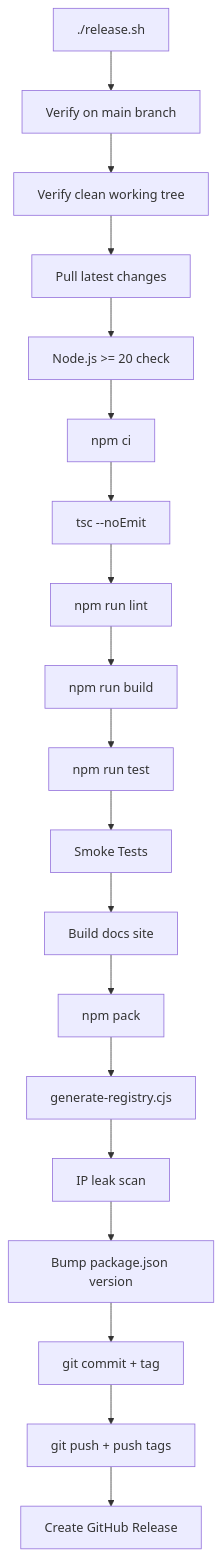
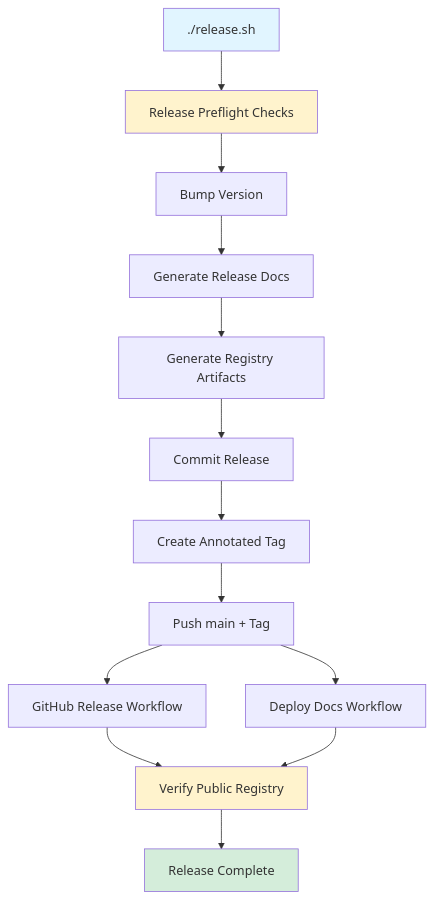
The first of 3 diagrams in .tech-docs/deployment.md (eai-support/eai), drawn with Mermaid before and after one commit. The commit also changed other lines of this file and 11 other files, not shown here.

````diff
--- a/.tech-docs/deployment.md
+++ b/.tech-docs/deployment.md
@@ -61,21 +82,33 @@
 ```mermaid
 flowchart TB
-    Start[./release.sh] --> Check1[Verify on main branch]
-    Check1 --> Check2[Verify clean working tree]
-    Check2 --> Check3[Pull latest changes]
-    Check3 --> NodeCheck[Node.js >= 20 check]
-    NodeCheck --> Install[npm ci]
-    Install --> Typecheck[tsc --noEmit]
-    Typecheck --> Lint[npm run lint]
-    Lint --> Build[npm run build]
-    Build --> Test[npm run test]
-    Test --> Smoke[Smoke Tests]
-    Smoke --> Docs[Build docs site]
-    Docs --> Pack[npm pack]
-    Pack --> Registry[generate-registry.cjs]
-    Registry --> IPScan[IP leak scan]
-    IPScan --> Bump[Bump package.json version]
-    Bump --> Commit[git commit + tag]
-    Commit --> Push[git push + push tags]
-    Push --> GHRelease[Create GitHub Release]
+    Start[./release.sh]
+    Preflight[Release Preflight Checks]
+    Bump[Bump Version]
+    GenDocs[Generate Release Docs]
+    GenRegistry[Generate Registry Artifacts]
+    Commit[Commit Release]
+    Tag[Create Annotated Tag]
+    Push[Push main + Tag]
+    GHRelease[GitHub Release Workflow]
+    GHPages[Deploy Docs Workflow]
+    Verify[Verify Public Registry]
+    Done[Release Complete]
+    
+    Start --> Preflight
+    Preflight --> Bump
+    Bump --> GenDocs
+    GenDocs --> GenRegistry
+    GenRegistry --> Commit
+    Commit --> Tag
+    Tag --> Push
+    Push --> GHRelease
+    Push --> GHPages
+    GHRelease --> Verify
+    GHPages --> Verify
+    Verify --> Done
+    
+    style Start fill:#e1f5ff
+    style Done fill:#d4edda
+    style Preflight fill:#fff3cd
+    style Verify fill:#fff3cd
 ```
````
